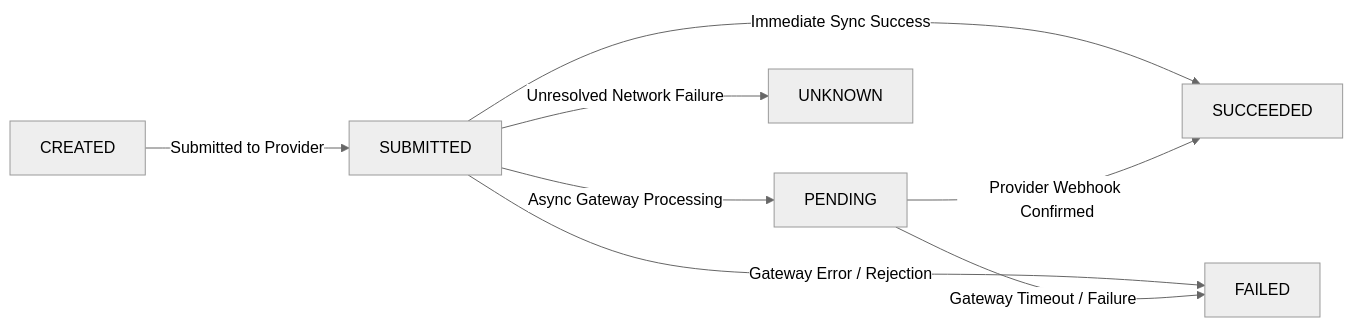
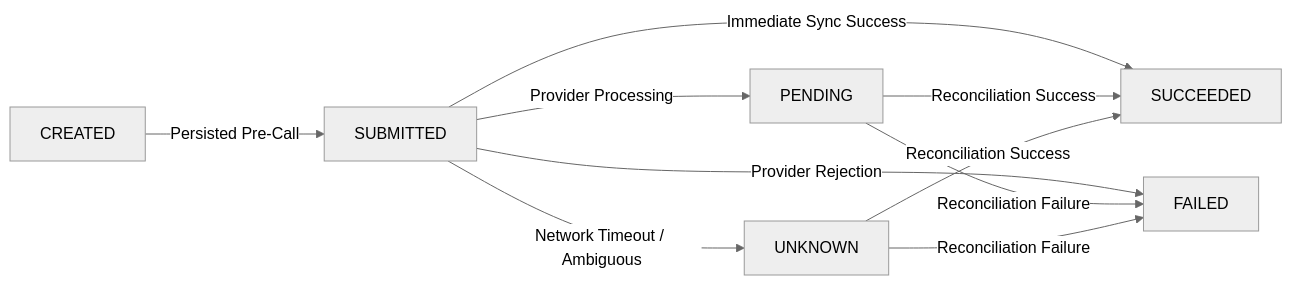
The fifth of 5 diagrams in docs/STATE_MACHINES.md (anuj14122007/Agent-Bounty), drawn with Mermaid (neutral theme) before and after one commit. The commit also changed other lines of this file and 26 other files, not shown here.

````diff
--- a/docs/STATE_MACHINES.md
+++ b/docs/STATE_MACHINES.md
@@ -116,10 +118,12 @@
 ```mermaid
 flowchart LR
-    CREATED -->|Submitted to Provider| SUBMITTED
-    SUBMITTED -->|Async Gateway Processing| PENDING
+    CREATED -->|Persisted Pre-Call| SUBMITTED
+    SUBMITTED -->|Provider Processing| PENDING
     SUBMITTED -->|Immediate Sync Success| SUCCEEDED
-    PENDING -->|Provider Webhook Confirmed| SUCCEEDED
-    SUBMITTED -->|Gateway Error / Rejection| FAILED
-    PENDING -->|Gateway Timeout / Failure| FAILED
-    SUBMITTED -->|Unresolved Network Failure| UNKNOWN
+    SUBMITTED -->|Provider Rejection| FAILED
+    SUBMITTED -->|Network Timeout / Ambiguous| UNKNOWN
+    PENDING -->|Reconciliation Success| SUCCEEDED
+    PENDING -->|Reconciliation Failure| FAILED
+    UNKNOWN -->|Reconciliation Success| SUCCEEDED
+    UNKNOWN -->|Reconciliation Failure| FAILED
 ```
````
